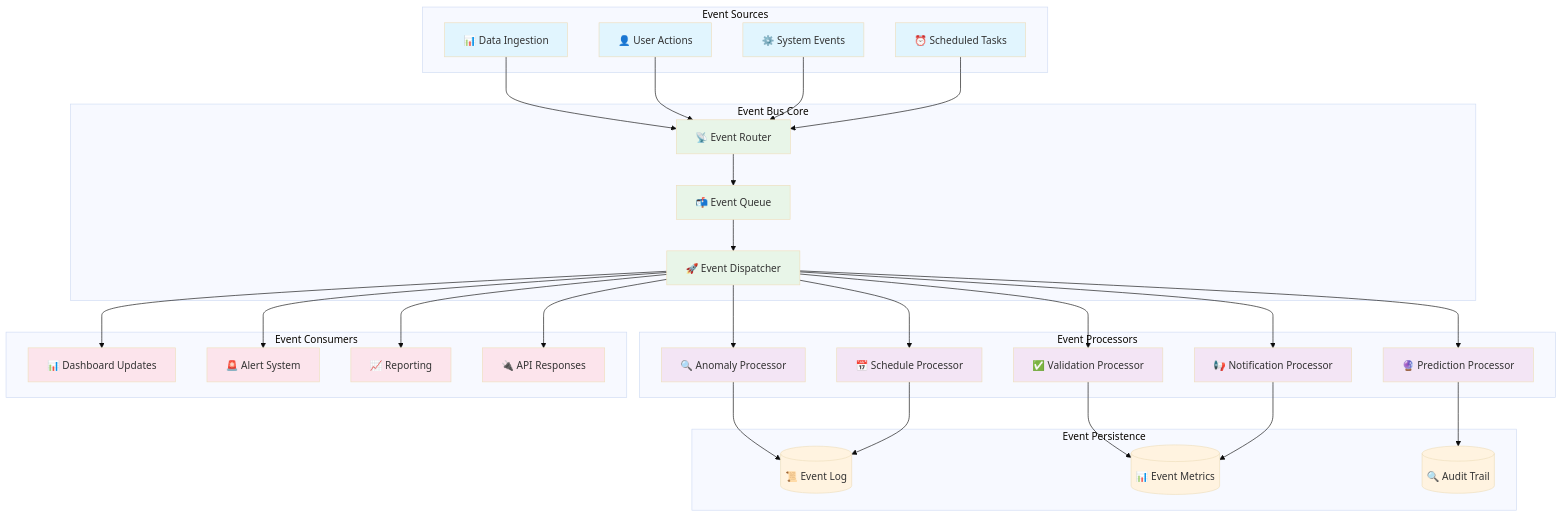
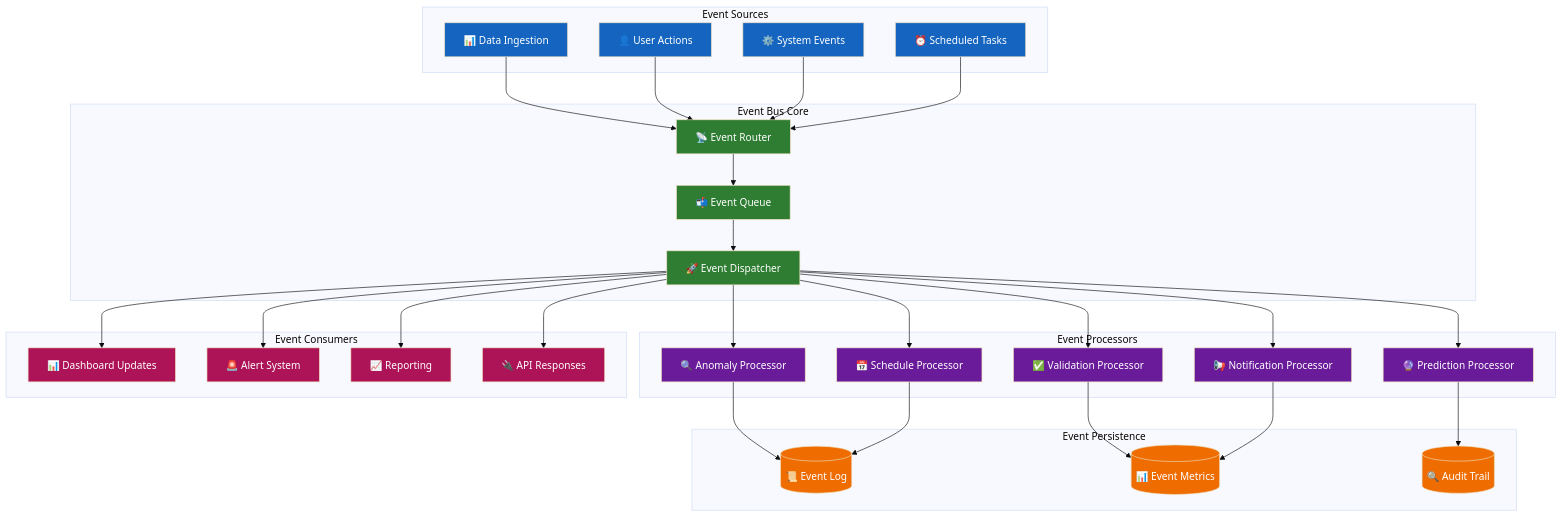
Before and after one commit to YanCotta/enterprise_challenge_sprint_1_hermes_reply: diagram 13 of 16 in smart-maintenance-saas/docs/SYSTEM_AND_ARCHITECTURE.md, drawn with Mermaid (base theme). The commit also changed other lines of this file, not shown here.

Commit message:
feat: update class definitions in architecture diagrams for improved clarity and consistency

````diff
--- a/smart-maintenance-saas/docs/SYSTEM_AND_ARCHITECTURE.md
+++ b/smart-maintenance-saas/docs/SYSTEM_AND_ARCHITECTURE.md
@@ -914,73 +986,73 @@
 ```mermaid
 graph TD
     subgraph "Event Sources"
         DATA_IN[📊 Data Ingestion]
         USER_ACTION[👤 User Actions]
         SYSTEM_EVENT[⚙️ System Events]
         TIMER[⏰ Scheduled Tasks]
     end
 
     subgraph "Event Bus Core"
         ROUTER[📡 Event Router]
         QUEUE[📬 Event Queue]
         DISPATCH[🚀 Event Dispatcher]
     end
 
     subgraph "Event Processors"
         ANOMALY_PROC[🔍 Anomaly Processor]
         VALIDATION_PROC[✅ Validation Processor]
         PREDICTION_PROC[🔮 Prediction Processor]
         SCHEDULE_PROC[📅 Schedule Processor]
         NOTIFY_PROC[📢 Notification Processor]
     end
 
     subgraph "Event Persistence"
         EVENT_LOG[(📜 Event Log)]
         METRICS[(📊 Event Metrics)]
         AUDIT[(🔍 Audit Trail)]
     end
 
     subgraph "Event Consumers"
         DASHBOARD_SUB[📊 Dashboard Updates]
         ALERT_SUB[🚨 Alert System]
         REPORT_SUB[📈 Reporting]
         API_SUB[🔌 API Responses]
     end
 
     DATA_IN --> ROUTER
     USER_ACTION --> ROUTER
     SYSTEM_EVENT --> ROUTER
     TIMER --> ROUTER
 
     ROUTER --> QUEUE
     QUEUE --> DISPATCH
 
     DISPATCH --> ANOMALY_PROC
     DISPATCH --> VALIDATION_PROC
     DISPATCH --> PREDICTION_PROC
     DISPATCH --> SCHEDULE_PROC
     DISPATCH --> NOTIFY_PROC
 
     ANOMALY_PROC --> EVENT_LOG
     VALIDATION_PROC --> METRICS
     PREDICTION_PROC --> AUDIT
     SCHEDULE_PROC --> EVENT_LOG
     NOTIFY_PROC --> METRICS
 
     DISPATCH --> DASHBOARD_SUB
     DISPATCH --> ALERT_SUB
     DISPATCH --> REPORT_SUB
     DISPATCH --> API_SUB
 
-    classDef source fill:#e1f5fe
-    classDef core fill:#e8f5e8
-    classDef processor fill:#f3e5f5
-    classDef persistence fill:#fff3e0
-    classDef consumer fill:#fce4ec
+    classDef source fill:#1565C0,color:#ffffff
+    classDef core fill:#2E7D32,color:#ffffff
+    classDef processor fill:#6A1B9A,color:#ffffff
+    classDef persistence fill:#EF6C00,color:#ffffff
+    classDef consumer fill:#AD1457,color:#ffffff
 
     class DATA_IN,USER_ACTION,SYSTEM_EVENT,TIMER source
     class ROUTER,QUEUE,DISPATCH core
     class ANOMALY_PROC,VALIDATION_PROC,PREDICTION_PROC,SCHEDULE_PROC,NOTIFY_PROC processor
     class EVENT_LOG,METRICS,AUDIT persistence
     class DASHBOARD_SUB,ALERT_SUB,REPORT_SUB,API_SUB consumer
 ```
````
